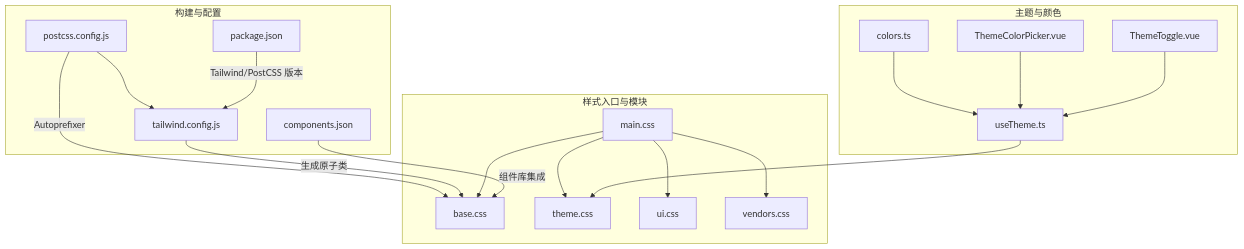
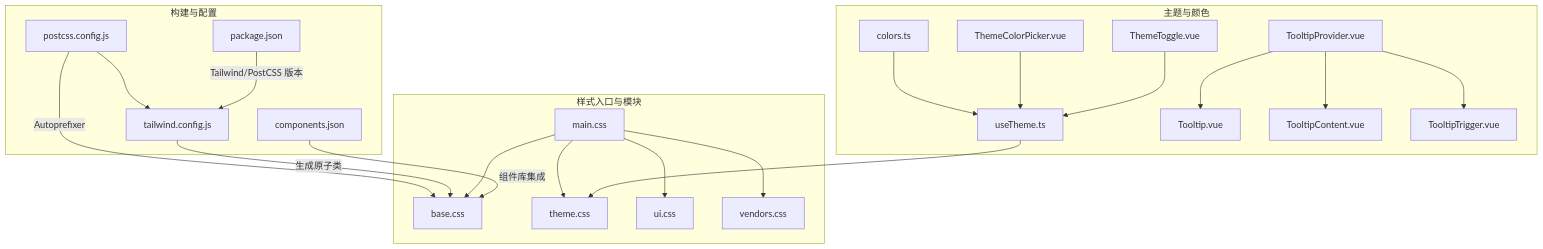
One commit to xixixiaoyu/Todo changed the first of 11 diagrams in .qoder/repowiki/zh/content/前端架构/UI组件库/样式系统.md. Above: the diagram before and after it, drawn with Mermaid. The commit also changed other lines of this file and 4 other files, not shown here.

````diff
--- a/.qoder/repowiki/zh/content/前端架构/UI组件库/样式系统.md
+++ b/.qoder/repowiki/zh/content/前端架构/UI组件库/样式系统.md
@@ -49,35 +56,42 @@
 ```mermaid
 graph TB
 subgraph "构建与配置"
 P["postcss.config.js"]
 T["tailwind.config.js"]
 C["components.json"]
 PKG["package.json"]
 end
 subgraph "样式入口与模块"
 M["main.css"]
 B["base.css"]
 TH["theme.css"]
 U["ui.css"]
 V["vendors.css"]
 end
 subgraph "主题与颜色"
 UT["useTheme.ts"]
 CL["colors.ts"]
 TCP["ThemeColorPicker.vue"]
 TT["ThemeToggle.vue"]
+TP["TooltipProvider.vue"]
+TTP["Tooltip.vue"]
+TTC["TooltipContent.vue"]
+TTR["TooltipTrigger.vue"]
 end
 P --> T
 P --> |"Autoprefixer"| B
 T --> |"生成原子类"| B
 M --> B
 M --> TH
 M --> U
 M --> V
 UT --> TH
 CL --> UT
 TCP --> UT
 TT --> UT
+TP --> TTP
+TP --> TTC
+TP --> TTR
 C --> |"组件库集成"| B
 PKG --> |"Tailwind/PostCSS 版本"| T
 ```
````
